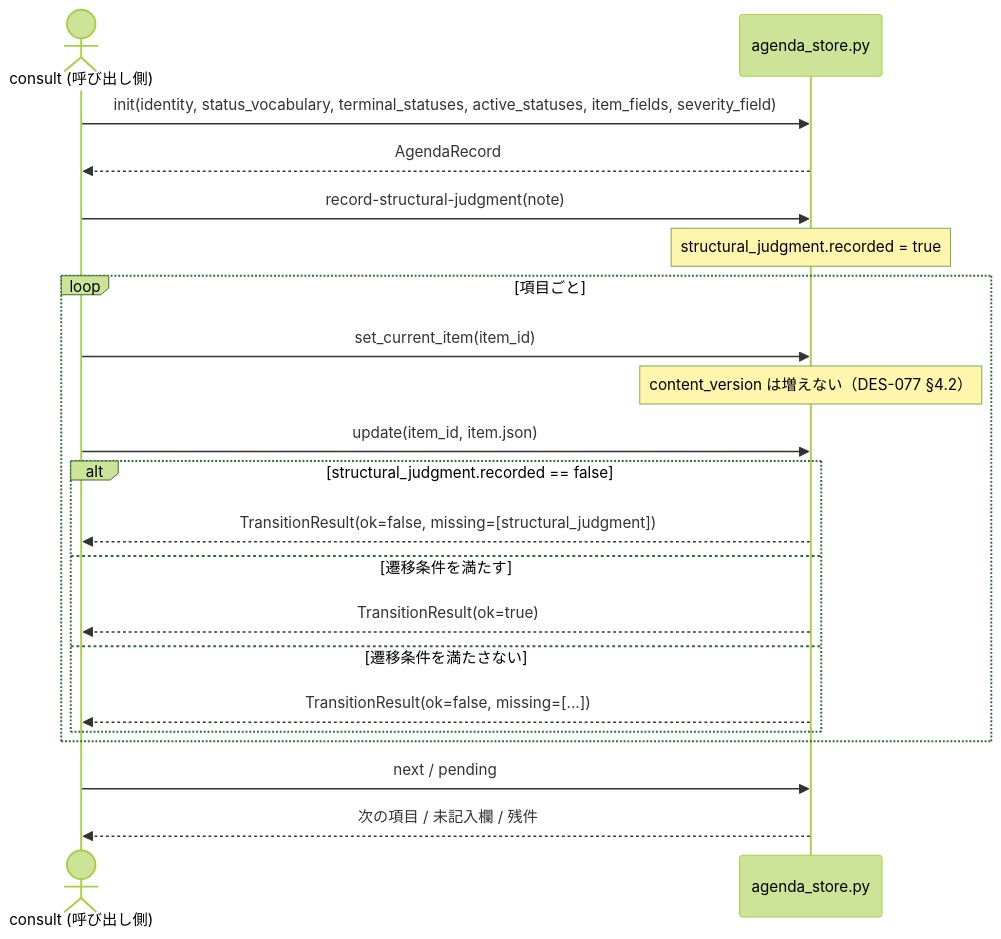
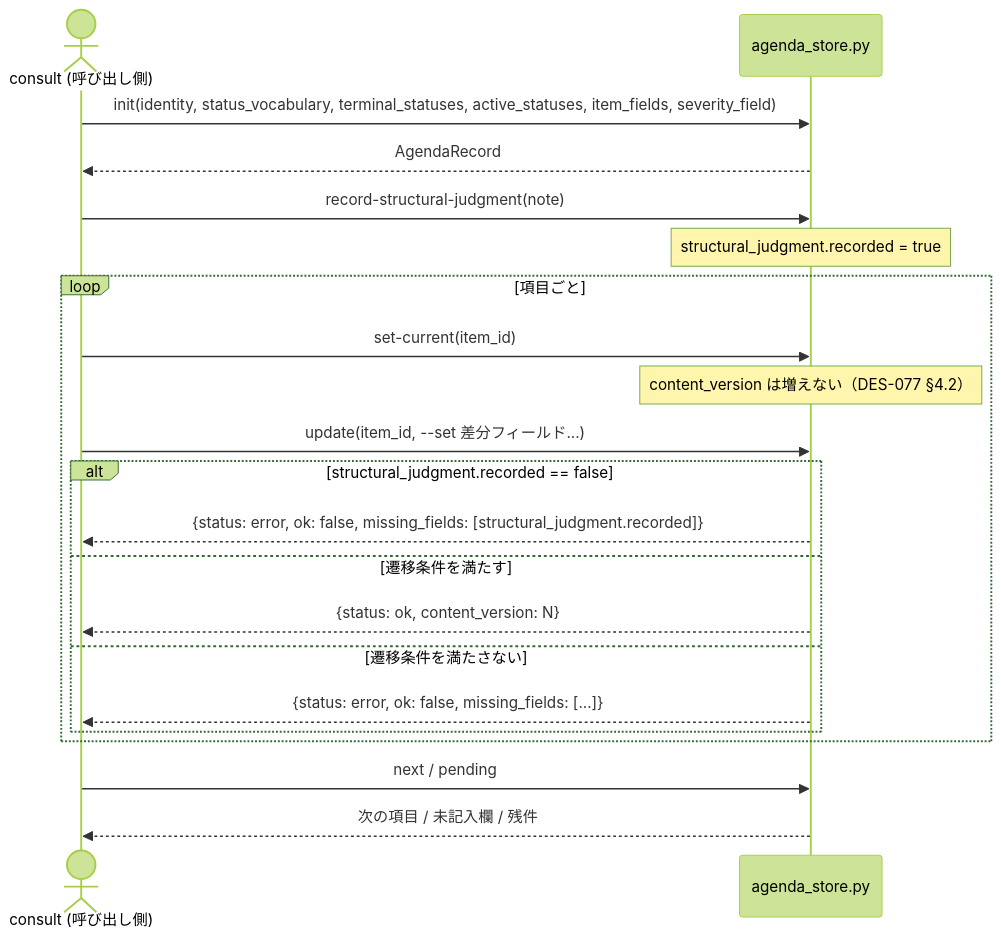
The third of 3 diagrams in docs/specs/consult/agenda/design/DES-075_agenda_mechanism_design.md (BlueEventHorizon/bw-cc-plugins), drawn with Mermaid (forest theme) before and after one commit. The commit also changed other lines of this file and 3 other files, not shown here.

````diff
--- a/docs/specs/consult/agenda/design/DES-075_agenda_mechanism_design.md
+++ b/docs/specs/consult/agenda/design/DES-075_agenda_mechanism_design.md
@@ -292,27 +281,27 @@
 ```mermaid
 sequenceDiagram
     actor Consult as consult (呼び出し側)
     participant Store as agenda_store.py
 
     Consult ->> Store: init(identity, status_vocabulary, terminal_statuses, active_statuses, item_fields, severity_field)
     Store -->> Consult: AgendaRecord
 
     Consult ->> Store: record-structural-judgment(note)
     Note over Store: structural_judgment.recorded = true
 
     loop 項目ごと
-        Consult ->> Store: set_current_item(item_id)
+        Consult ->> Store: set-current(item_id)
         Note over Store: content_version は増えない（DES-077 §4.2）
-        Consult ->> Store: update(item_id, item.json)
+        Consult ->> Store: update(item_id, --set 差分フィールド...)
         alt structural_judgment.recorded == false
-            Store -->> Consult: TransitionResult(ok=false, missing=[structural_judgment])
+            Store -->> Consult: {status: error, ok: false, missing_fields: [structural_judgment.recorded]}
         else 遷移条件を満たす
-            Store -->> Consult: TransitionResult(ok=true)
+            Store -->> Consult: {status: ok, content_version: N}
         else 遷移条件を満たさない
-            Store -->> Consult: TransitionResult(ok=false, missing=[...])
+            Store -->> Consult: {status: error, ok: false, missing_fields: [...]}
         end
     end
 
     Consult ->> Store: next / pending
     Store -->> Consult: 次の項目 / 未記入欄 / 残件
 ```
````
